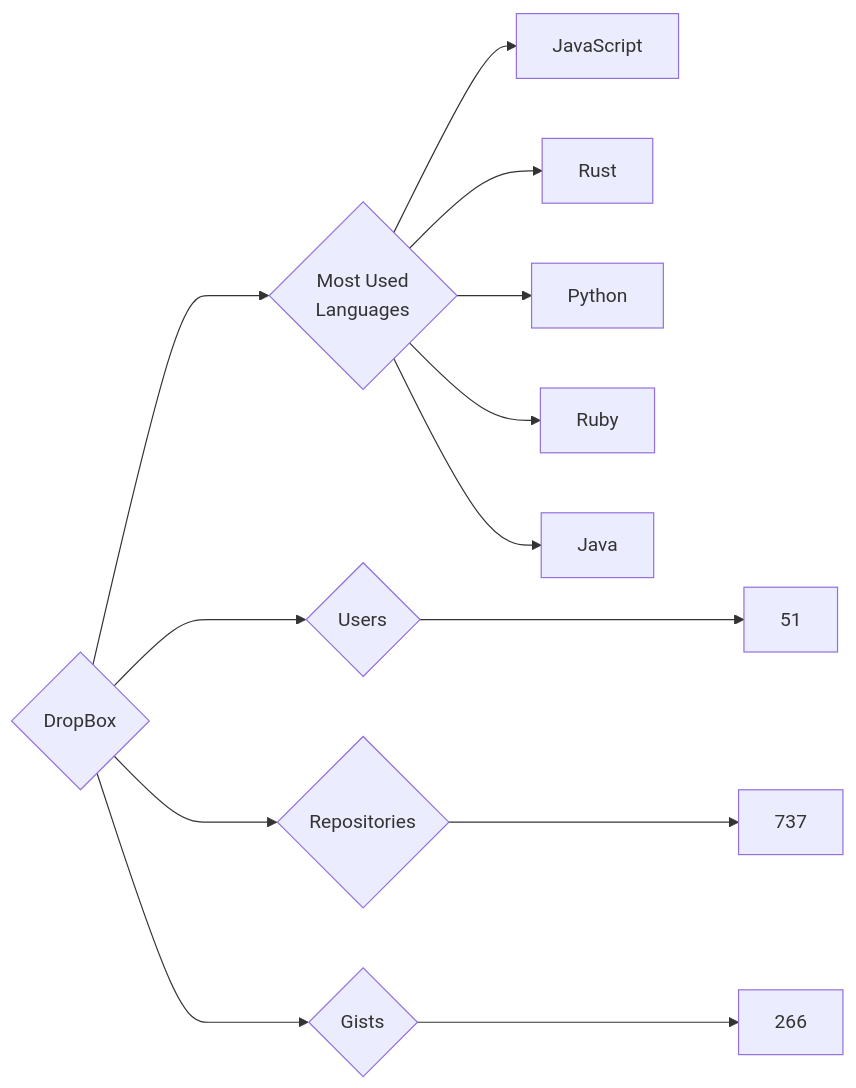
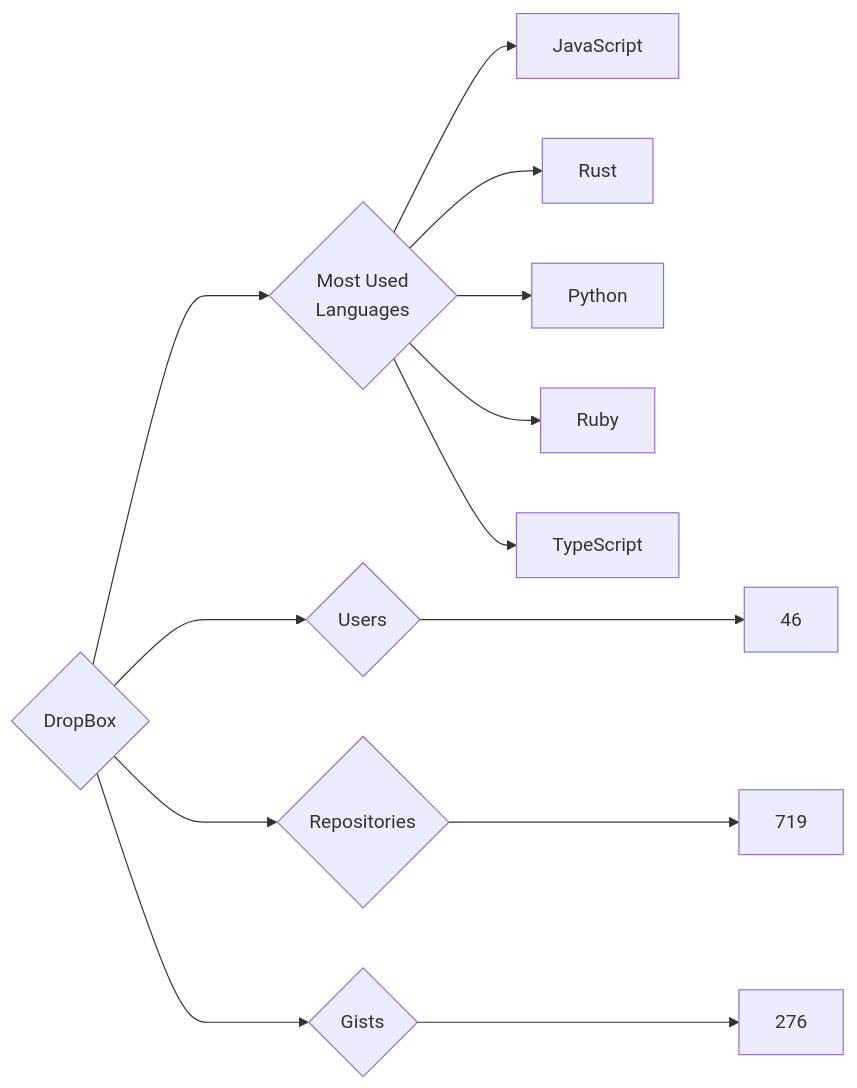
Before and after one commit to trickest/insiders: the diagram in targets/DropBox/README.md, drawn with Mermaid. The commit also changed 699 other files, not shown here.

````diff
--- a/targets/DropBox/README.md
+++ b/targets/DropBox/README.md
@@ -3,13 +3,13 @@
 ```mermaid
 graph LR
 COMPANY_NAME{DropBox}
-COMPANY_NAME ---> U{Users} ---> UN[51]
-COMPANY_NAME ---> R{Repositories} ---> RN[737]
-COMPANY_NAME ---> G{Gists} ---> GN[266]
+COMPANY_NAME ---> U{Users} ---> UN[46]
+COMPANY_NAME ---> R{Repositories} ---> RN[719]
+COMPANY_NAME ---> G{Gists} ---> GN[276]
 COMPANY_NAME ---> ML{Most Used<br>Languages}
 ML --> JavaScript[JavaScript]
 ML --> Rust[Rust]
 ML --> Python[Python]
 ML --> Ruby[Ruby]
-ML --> Java[Java]
+ML --> TypeScript[TypeScript]
 ```
````
